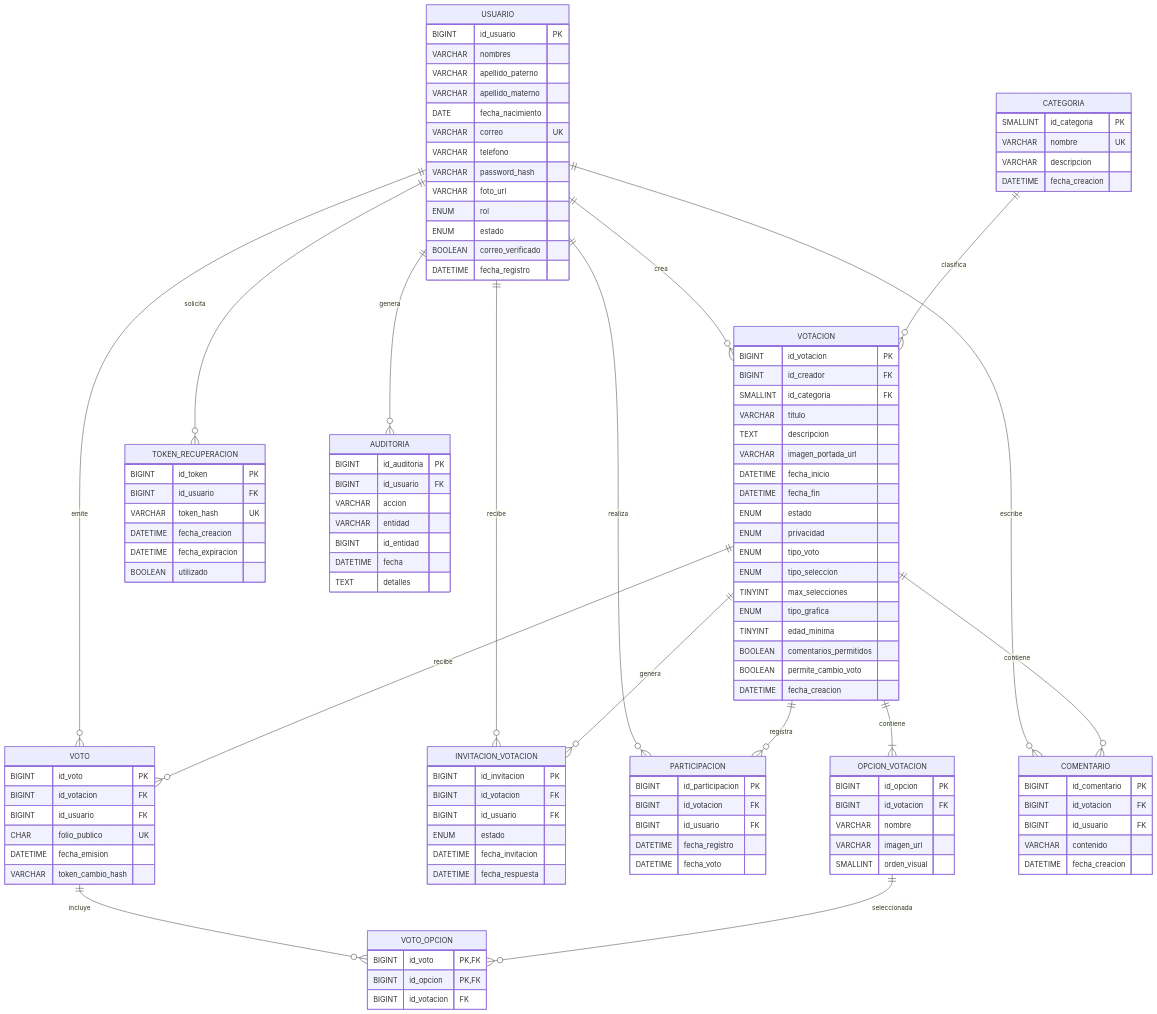
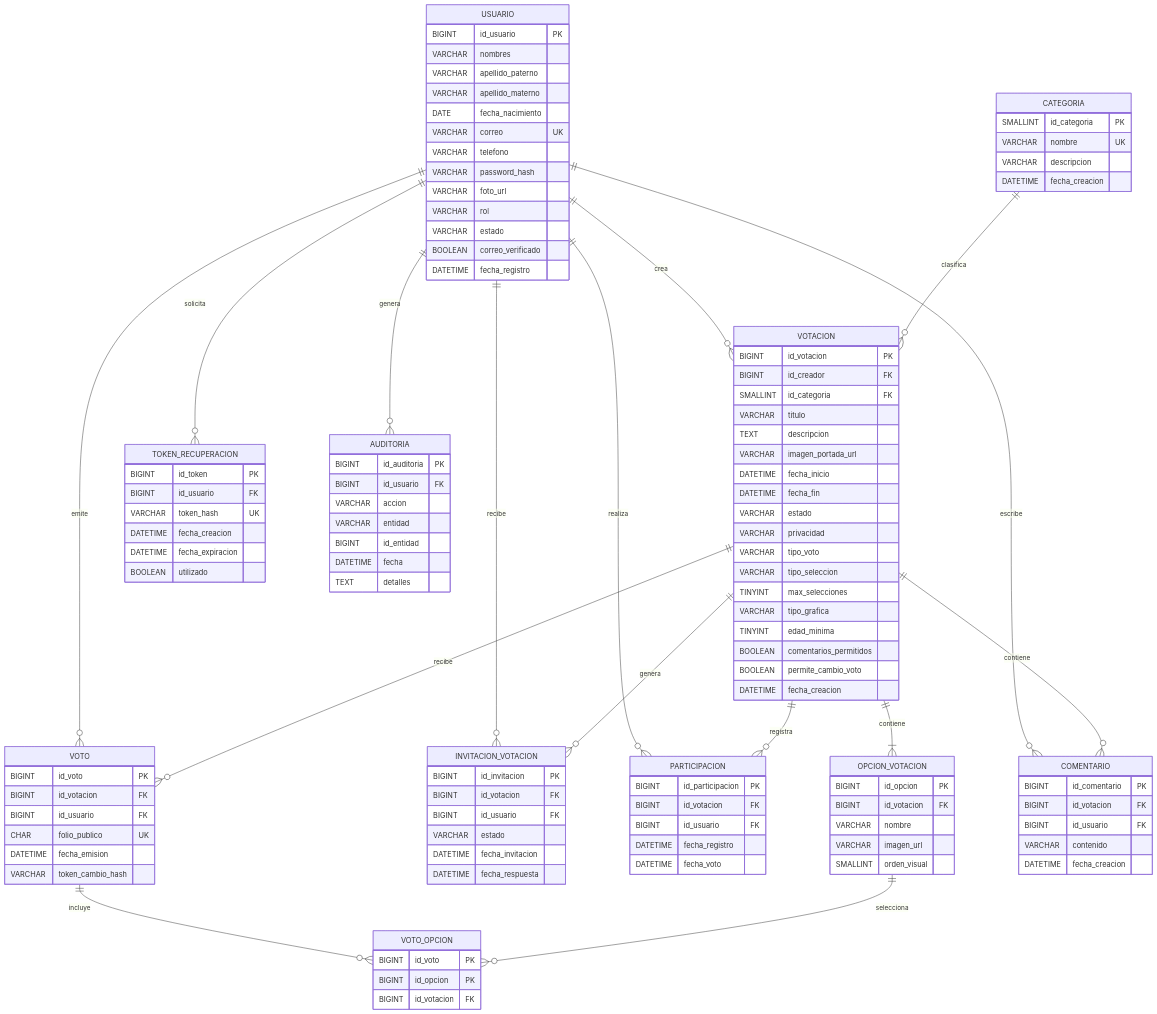
One commit to AlejandroGuillermo7/VotaYa changed the diagram in README.md. Above: the diagram before and after it, drawn with Mermaid. The commit also changed other lines of this file, not shown here.

Commit message:
Agrega .gitignore y actualiza README

```diff
--- a/README.md
+++ b/README.md
@@ -131,7 +124,7 @@
     VOTACION ||--o{ VOTO : recibe
 
     VOTO ||--o{ VOTO_OPCION : incluye
-    OPCION_VOTACION ||--o{ VOTO_OPCION : seleccionada
+    OPCION_VOTACION ||--o{ VOTO_OPCION : selecciona
 
     USUARIO ||--o{ COMENTARIO : escribe
     VOTACION ||--o{ COMENTARIO : contiene
@@ -149,8 +142,8 @@
         VARCHAR telefono
         VARCHAR password_hash
         VARCHAR foto_url
-        ENUM rol
-        ENUM estado
+        VARCHAR rol
+        VARCHAR estado
         BOOLEAN correo_verificado
         DATETIME fecha_registro
     }
@@ -171,12 +164,12 @@
         VARCHAR imagen_portada_url
         DATETIME fecha_inicio
         DATETIME fecha_fin
-        ENUM estado
-        ENUM privacidad
-        ENUM tipo_voto
-        ENUM tipo_seleccion
+        VARCHAR estado
+        VARCHAR privacidad
+        VARCHAR tipo_voto
+        VARCHAR tipo_seleccion
         TINYINT max_selecciones
-        ENUM tipo_grafica
+        VARCHAR tipo_grafica
         TINYINT edad_minima
         BOOLEAN comentarios_permitidos
         BOOLEAN permite_cambio_voto
@@ -195,7 +188,7 @@
         BIGINT id_invitacion PK
         BIGINT id_votacion FK
         BIGINT id_usuario FK
-        ENUM estado
+        VARCHAR estado
         DATETIME fecha_invitacion
         DATETIME fecha_respuesta
     }
@@ -218,8 +211,8 @@
     }
 
     VOTO_OPCION {
-        BIGINT id_voto PK, FK
-        BIGINT id_opcion PK, FK
+        BIGINT id_voto PK
+        BIGINT id_opcion PK
         BIGINT id_votacion FK
     }
 
```
